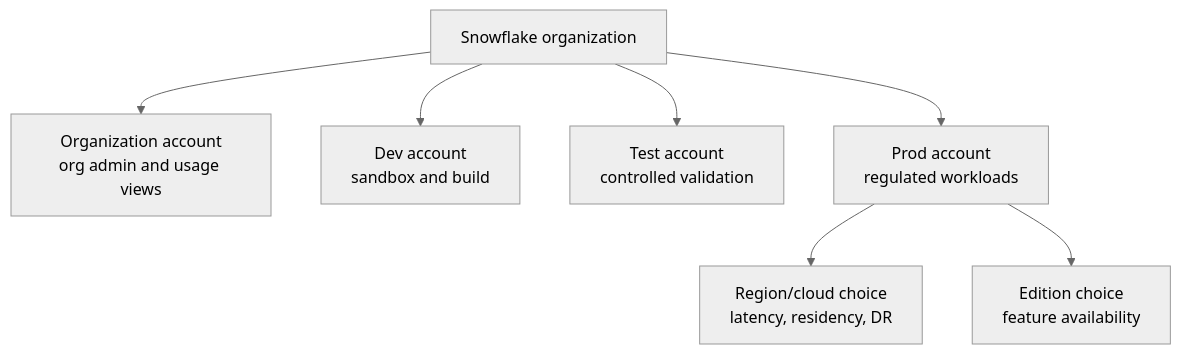
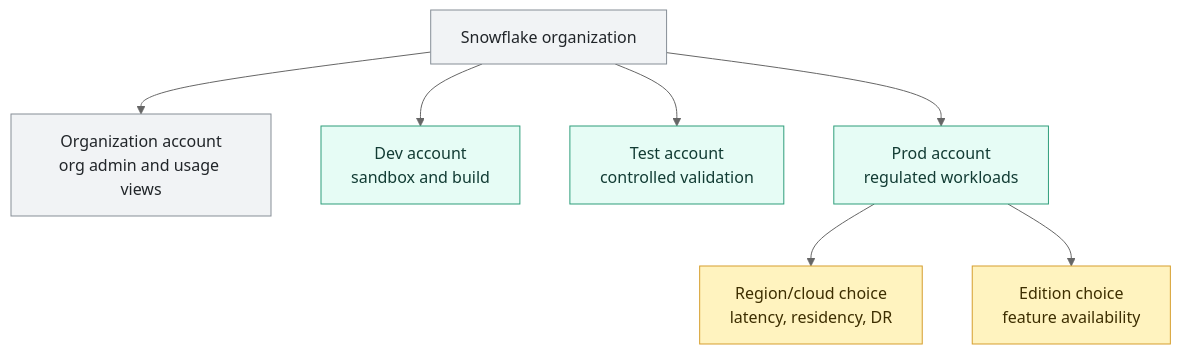
The diagram in 01 Snowflake/08 Enterprise Snowflake in Production/52 Organizations, Accounts, Regions, and Editions.md (shonningsoy/Upskill), drawn with Mermaid (neutral theme) before and after one commit. The commit also changed other lines of this file and 6 other files, not shown here.

````diff
--- a/01 Snowflake/08 Enterprise Snowflake in Production/52 Organizations, Accounts, Regions, and Editions.md
+++ b/01 Snowflake/08 Enterprise Snowflake in Production/52 Organizations, Accounts, Regions, and Editions.md
@@ -61,9 +62,19 @@
 ```mermaid
 flowchart TD
     ORG["Snowflake organization"] --> OA["Organization account<br/>org admin and usage views"]
     ORG --> DEV["Dev account<br/>sandbox and build"]
     ORG --> TEST["Test account<br/>controlled validation"]
     ORG --> PROD["Prod account<br/>regulated workloads"]
     PROD --> EU["Region/cloud choice<br/>latency, residency, DR"]
     PROD --> ED["Edition choice<br/>feature availability"]
+
+    classDef input fill:#E8F0FE,stroke:#4C6EF5,color:#172B4D
+    classDef control fill:#FFF3BF,stroke:#D69E2E,color:#3D2E00
+    classDef snowflake fill:#E6FCF5,stroke:#2F9E7B,color:#123C34
+    classDef platform fill:#F1F3F5,stroke:#868E96,color:#212529
+    classDef output fill:#F3E8FF,stroke:#805AD5,color:#2D1B4E
+
+    class ORG,OA platform
+    class DEV,TEST,PROD snowflake
+    class EU,ED control
 ```
````
